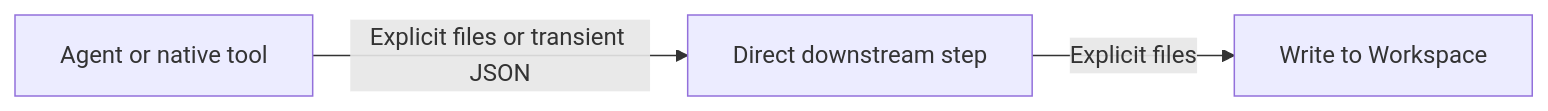
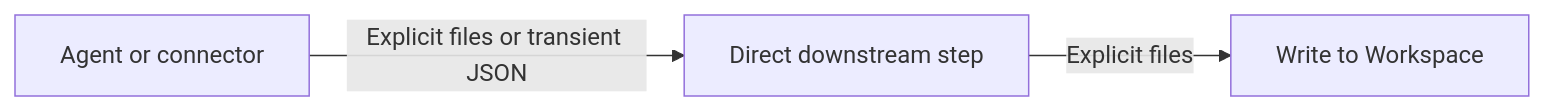
The diagram in docs/authoring-agents-and-workflows.md (viamus/DoxieOS), drawn with Mermaid before and after one commit. The commit also changed other lines of this file and 38 other files, not shown here.

````diff
--- a/docs/authoring-agents-and-workflows.md
+++ b/docs/authoring-agents-and-workflows.md
@@ -72,5 +73,5 @@
 ```mermaid
 flowchart LR
-    Producer["Agent or native tool"] -->|"Explicit files or transient JSON"| Consumer["Direct downstream step"]
+    Producer["Agent or connector"] -->|"Explicit files or transient JSON"| Consumer["Direct downstream step"]
     Consumer -->|"Explicit files"| Delivery["Write to Workspace"]
 ```
````
